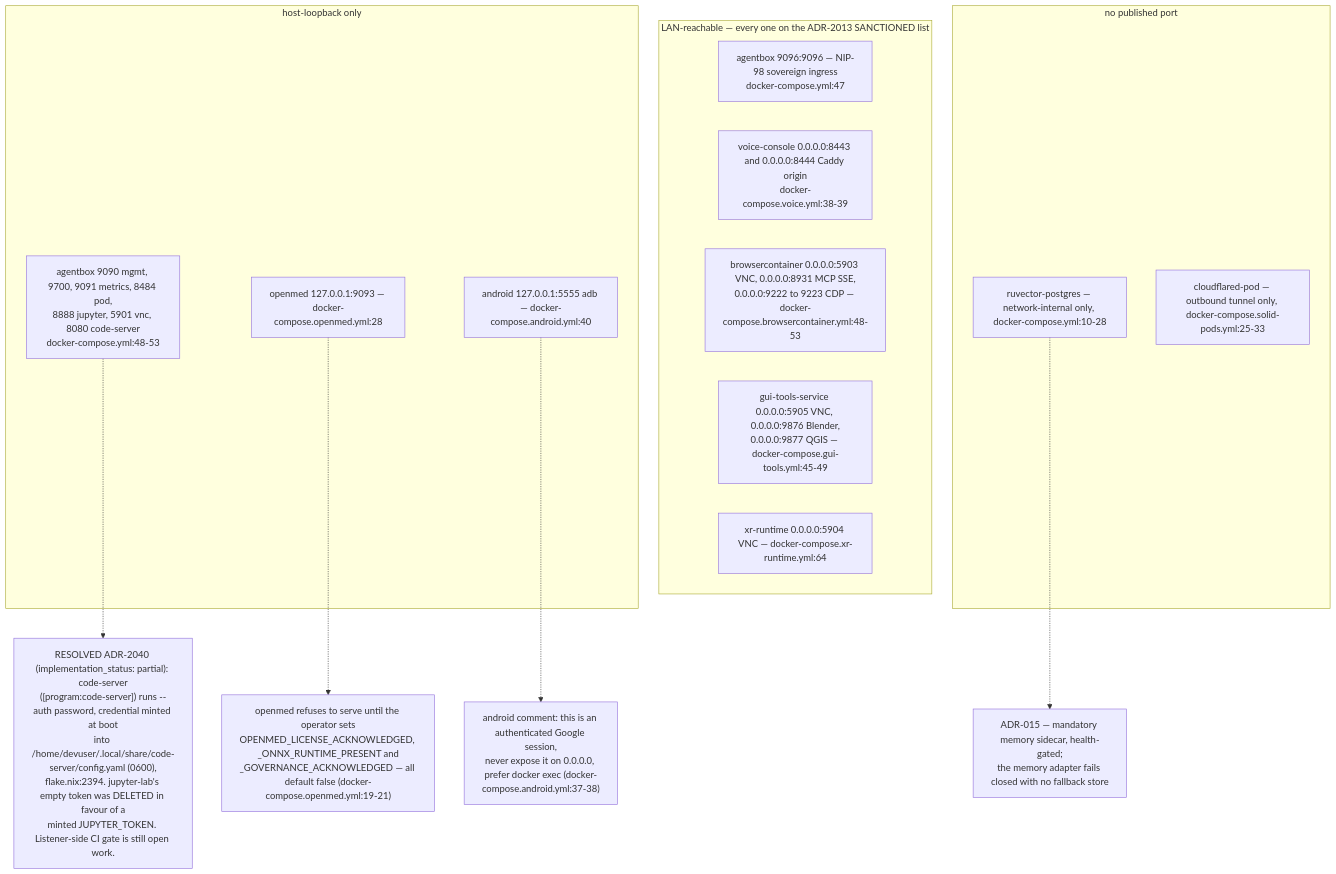
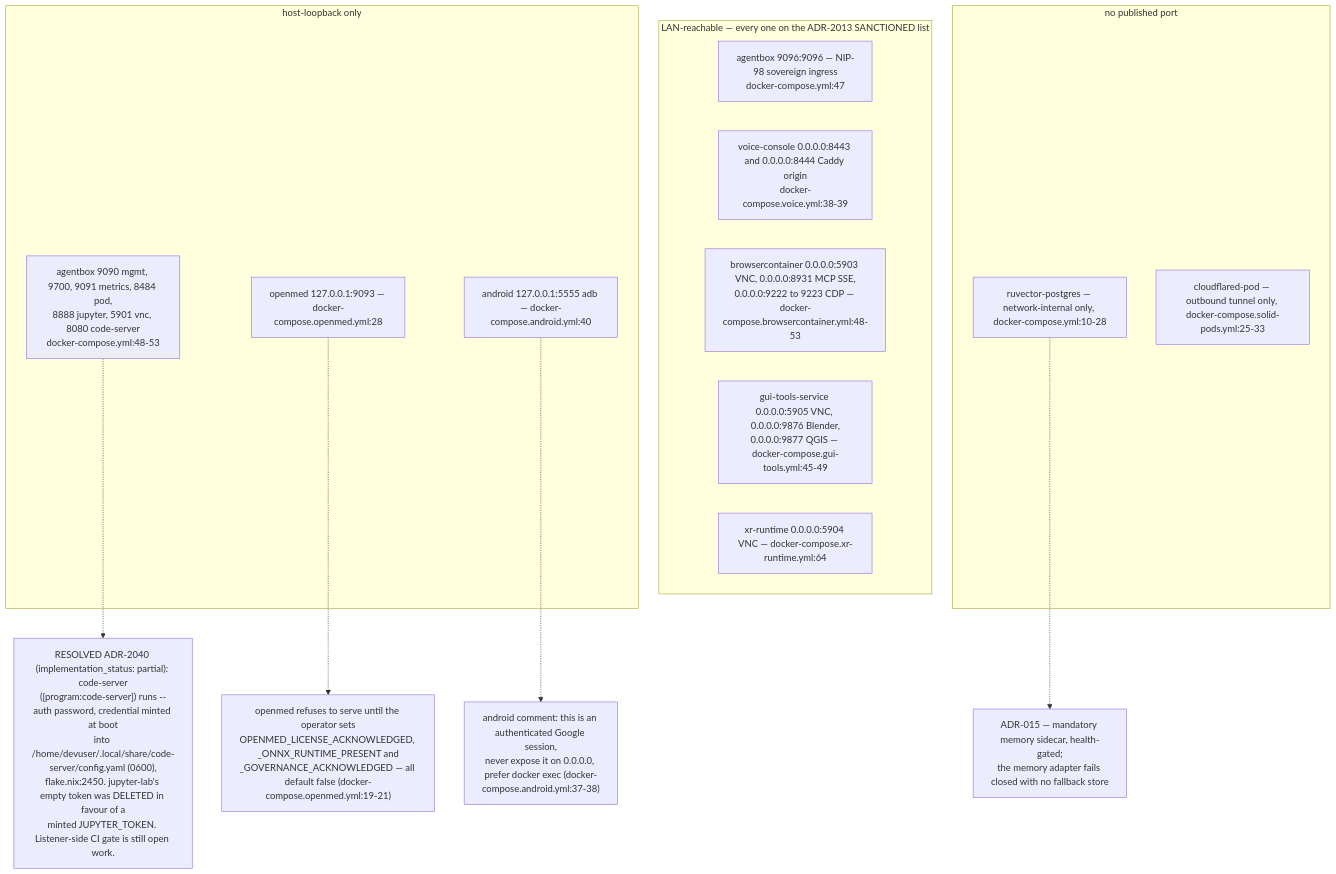
The seventh of 11 diagrams in docs/diagrams/agentbox/06-sidecars-and-compose-overlays.md (DreamLab-AI/VisionFlow), drawn with Mermaid before and after one commit. The commit also changed other lines of this file and 94 other files, not shown here.

First line of the commit message:
docs(diagrams): re-verify 130 topics against 2 October HEADs

````diff
--- a/docs/diagrams/agentbox/06-sidecars-and-compose-overlays.md
+++ b/docs/diagrams/agentbox/06-sidecars-and-compose-overlays.md
@@ -209,23 +209,23 @@
 ```mermaid
 flowchart TB
     subgraph LANP["LAN-reachable — every one on the ADR-2013 SANCTIONED list"]
         P1["agentbox 9096:9096 — NIP-98 sovereign ingress<br/>docker-compose.yml:47"]
         P2["voice-console 0.0.0.0:8443 and 0.0.0.0:8444 Caddy origin<br/>docker-compose.voice.yml:38-39"]
         P3["browsercontainer 0.0.0.0:5903 VNC, 0.0.0.0:8931 MCP SSE,<br/>0.0.0.0:9222 to 9223 CDP — docker-compose.browsercontainer.yml:48-53"]
         P4["gui-tools-service 0.0.0.0:5905 VNC, 0.0.0.0:9876 Blender,<br/>0.0.0.0:9877 QGIS — docker-compose.gui-tools.yml:45-49"]
         P5["xr-runtime 0.0.0.0:5904 VNC — docker-compose.xr-runtime.yml:64"]
     end
     subgraph LOOP["host-loopback only"]
         Q1["agentbox 9090 mgmt, 9700, 9091 metrics, 8484 pod,<br/>8888 jupyter, 5901 vnc, 8080 code-server<br/>docker-compose.yml:48-53"]
         Q2["openmed 127.0.0.1:9093 — docker-compose.openmed.yml:28"]
         Q3["android 127.0.0.1:5555 adb — docker-compose.android.yml:40"]
     end
     subgraph NONE["no published port"]
         R1["ruvector-postgres — network-internal only, docker-compose.yml:10-28"]
         R2["cloudflared-pod — outbound tunnel only, docker-compose.solid-pods.yml:25-33"]
     end
     Q3 -.-> AND["android comment: this is an authenticated Google session,<br/>never expose it on 0.0.0.0, prefer docker exec (docker-compose.android.yml:37-38)"]
     Q2 -.-> OM["openmed refuses to serve until the operator sets<br/>OPENMED_LICENSE_ACKNOWLEDGED, _ONNX_RUNTIME_PRESENT and<br/>_GOVERNANCE_ACKNOWLEDGED — all default false (docker-compose.openmed.yml:19-21)"]
-    Q1 -.-> CSR["RESOLVED ADR-2040 (implementation_status: partial): code-server<br/>([program:code-server]) runs --auth password, credential minted at boot<br/>into /home/devuser/.local/share/code-server/config.yaml (0600),<br/>flake.nix:2394. jupyter-lab's empty token was DELETED in favour of a<br/>minted JUPYTER_TOKEN. Listener-side CI gate is still open work."]
+    Q1 -.-> CSR["RESOLVED ADR-2040 (implementation_status: partial): code-server<br/>([program:code-server]) runs --auth password, credential minted at boot<br/>into /home/devuser/.local/share/code-server/config.yaml (0600),<br/>flake.nix:2450. jupyter-lab's empty token was DELETED in favour of a<br/>minted JUPYTER_TOKEN. Listener-side CI gate is still open work."]
     R1 -.-> PGN["ADR-015 — mandatory memory sidecar, health-gated;<br/>the memory adapter fails closed with no fallback store"]
 ```
````
